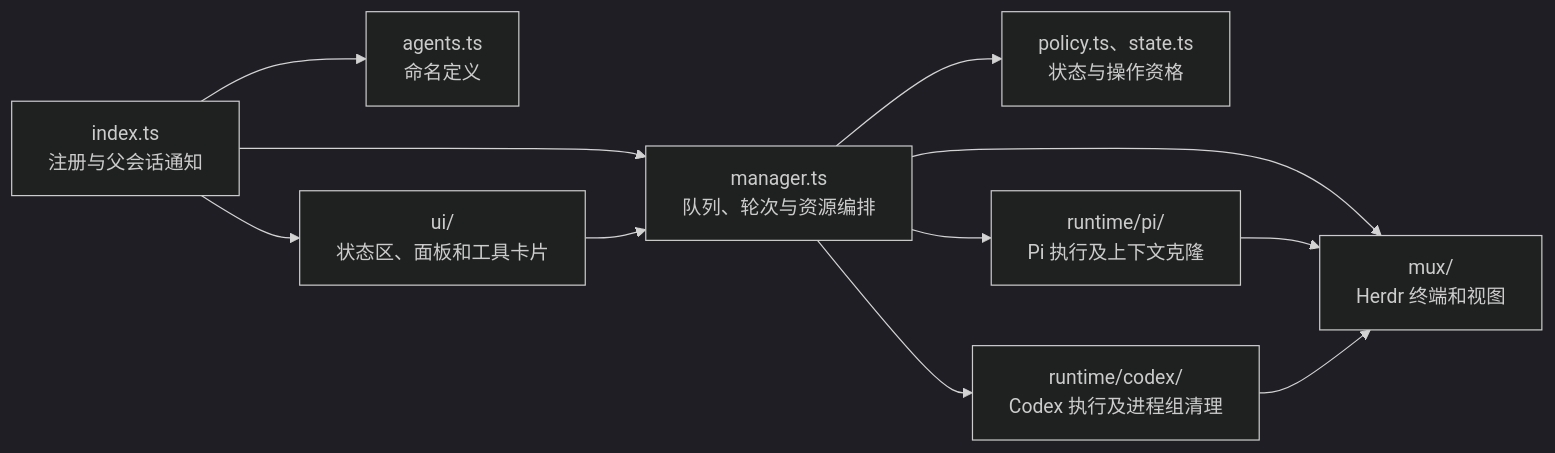
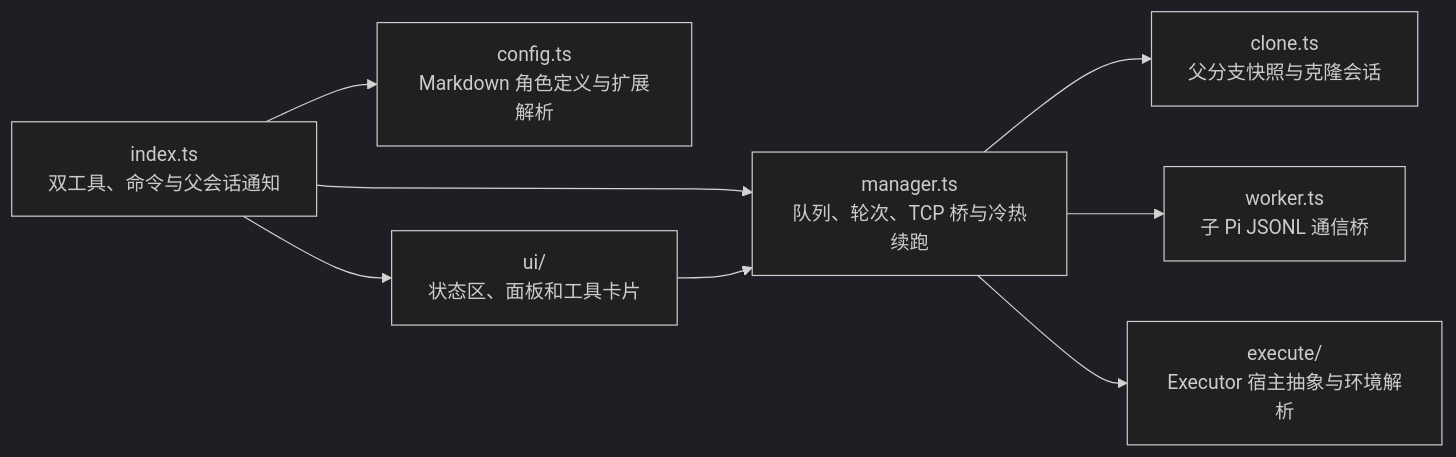
Before and after one commit to aqua2k1/pi-kits: the first of 2 diagrams in extensions/pi-subagent/docs/architecture.md, drawn with Mermaid (dark theme). The commit also changed other lines of this file and 69 other files, not shown here.

Commit message:
refactor(pi-subagent): simplify to two-layer config/execute architecture and ECS state

````diff
--- a/extensions/pi-subagent/docs/architecture.md
+++ b/extensions/pi-subagent/docs/architecture.md
@@ -7,13 +7,10 @@
 ```mermaid
 flowchart LR
-  entry["index.ts<br/>注册与父会话通知"] --> agents["agents.ts<br/>命名定义"]
-  entry --> manager["manager.ts<br/>队列、轮次与资源编排"]
+  entry["index.ts<br/>双工具、命令与父会话通知"] --> config["config.ts<br/>Markdown 角色定义与扩展解析"]
+  entry --> manager["manager.ts<br/>队列、轮次、TCP 桥与冷热续跑"]
   entry --> ui["ui/<br/>状态区、面板和工具卡片"]
   ui --> manager
-  manager --> policy["policy.ts、state.ts<br/>状态与操作资格"]
-  manager --> pi["runtime/pi/<br/>Pi 执行及上下文克隆"]
-  manager --> codex["runtime/codex/<br/>Codex 执行及进程组清理"]
-  manager --> mux["mux/<br/>Herdr 终端和视图"]
-  pi --> mux
-  codex --> mux
+  manager --> clone["clone.ts<br/>父分支快照与克隆会话"]
+  manager --> worker["worker.ts<br/>子 Pi JSONL 通信桥"]
+  manager --> execute["execute/<br/>Executor 宿主抽象与环境解析"]
 ```
````
